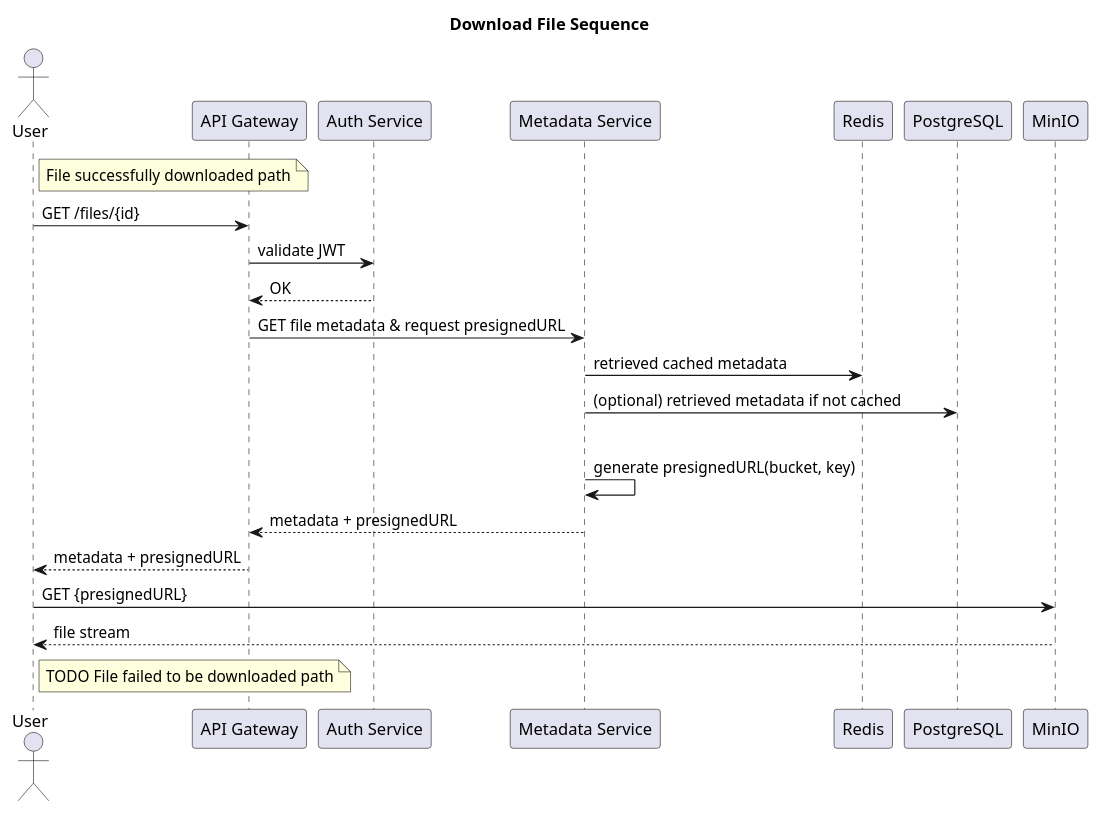
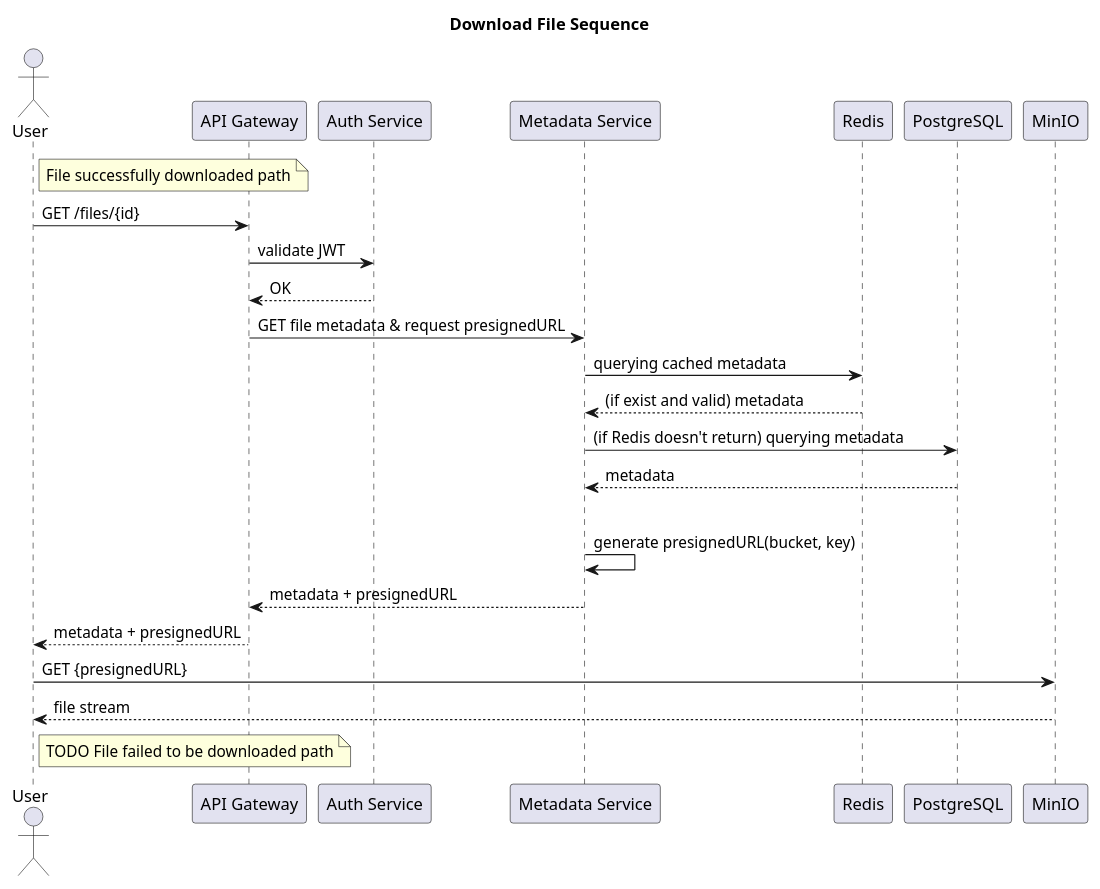
The diagram in diagrams/download_flow_seq.puml (AndreiIauchuk/dropvox), drawn with PlantUML before and after one commit. The commit also changed 3 other files, not shown here.

```diff
--- a/diagrams/download_flow_seq.puml
+++ b/diagrams/download_flow_seq.puml
@@ -1,27 +1,29 @@
 @startuml download_file_seq
 title Download File Sequence
 
 actor "User" as user
 participant "API Gateway" as gate
 participant "Auth Service" as auth
 participant "Metadata Service" as metadata
 participant "Redis" as redis
 participant "PostgreSQL" as db
 participant "MinIO" as s3
 
 note right of user : File successfully downloaded path
 user -> gate: GET /files/{id}
 gate -> auth: validate JWT
 auth --> gate: OK
 gate -> metadata: GET file metadata & request presignedURL
-metadata -> redis: retrieved cached metadata
-metadata -> db: (optional) retrieved metadata if not cached
+metadata -> redis: querying cached metadata
+redis --> metadata: (if exist and valid) metadata
+metadata -> db: (if Redis doesn't return) querying metadata
+db --> metadata: metadata
 |||
 metadata -> metadata: generate presignedURL(bucket, key)
 metadata --> gate: metadata + presignedURL
 gate --> user: metadata + presignedURL
 user -> s3: GET {presignedURL}
 s3 --> user: file stream
 
 note right of user : TODO File failed to be downloaded path
 @enduml
```
